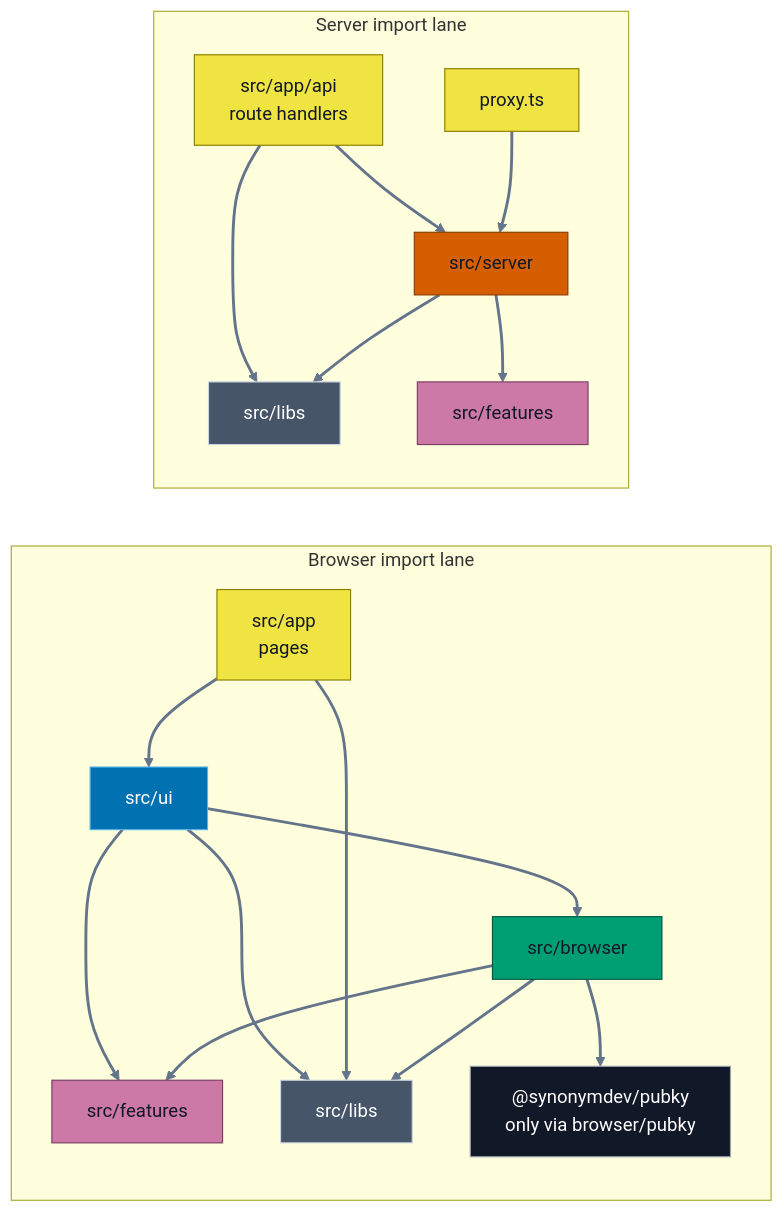
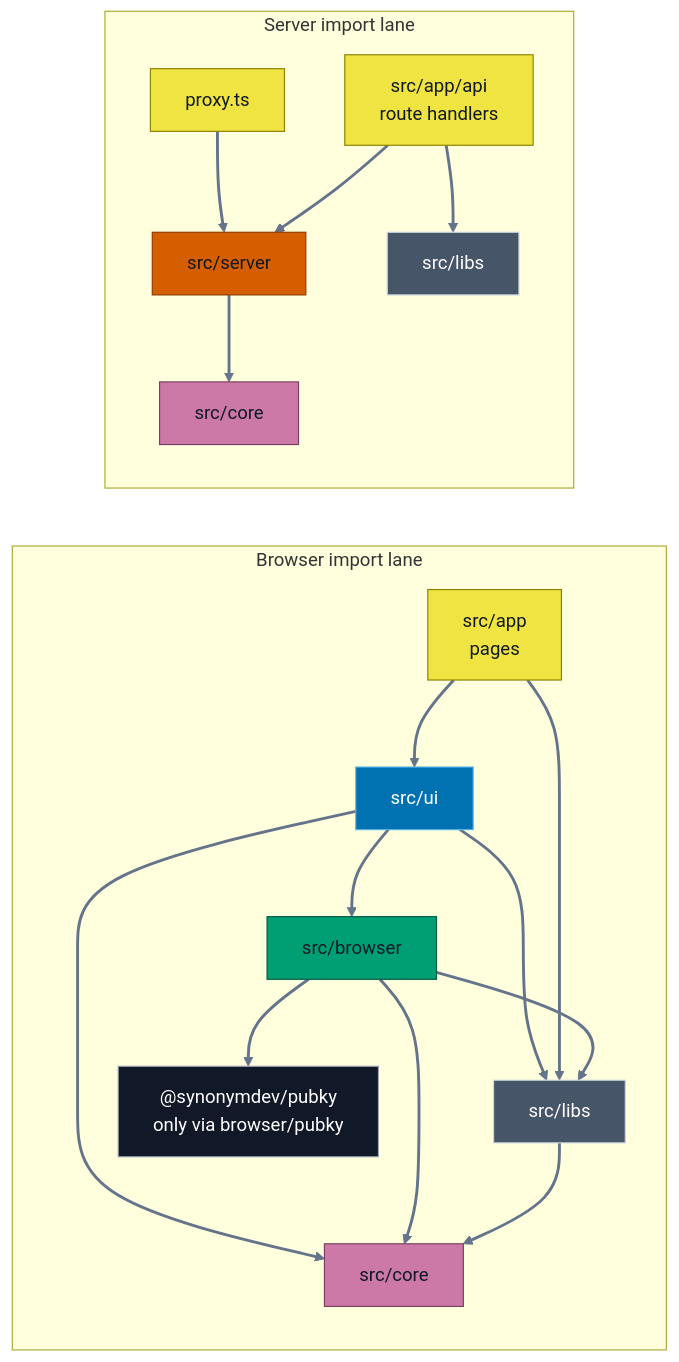
One commit to pubky/pubky-passport changed the second of 14 diagrams in FLOWS.md. Above: the diagram before and after it, drawn with Mermaid. The commit also changed other lines of this file and 83 other files, not shown here.

Commit message:
refactor: move feat into core; move browser logic closer to browser code and server logic to server code

````diff
--- a/FLOWS.md
+++ b/FLOWS.md
@@ -41,33 +41,33 @@
 ```mermaid
 flowchart LR
     accTitle: Current production import boundaries
-    accDescr: Direct imports from app pages and route handlers into UI, browser, server, features, libraries, and the Pubky SDK adapter.
+    accDescr: Direct imports from app pages and route handlers into UI, browser, server, core, libraries, and the Pubky SDK adapter.
     subgraph browserLane[Browser import lane]
         direction TB
         pages["src/app<br/>pages"]:::transport --> ui["src/ui"]:::ui --> browser["src/browser"]:::browser
-        ui --> browserFeature["src/features"]:::feature
+        ui --> browserCore["src/core"]:::core
         ui --> browserLibs["src/libs"]:::libs
         pages --> browserLibs
-        browser --> browserFeature
+        browser --> browserCore
         browser --> browserLibs
+        browserLibs --> browserCore
         browser --> sdk["@synonymdev/pubky<br/>only via browser/pubky"]:::external
     end
 
     subgraph serverLane[Server import lane]
         direction TB
         routes["src/app/api<br/>route handlers"]:::transport --> server["src/server"]:::server
         proxy["proxy.ts"]:::transport --> server
         routes --> serverLibs["src/libs"]:::libs
-        server --> serverFeature["src/features"]:::feature
-        server --> serverLibs
+        server --> serverCore["src/core"]:::core
     end
 
     classDef transport fill:#F0E442,stroke:#8A7F00,color:#111827;
     classDef ui fill:#0072B2,stroke:#56B4E9,color:#fff;
     classDef browser fill:#009E73,stroke:#005A45,color:#111827;
     classDef server fill:#D55E00,stroke:#8A3C00,color:#111827;
-    classDef feature fill:#CC79A7,stroke:#7A3E62,color:#111827;
+    classDef core fill:#CC79A7,stroke:#7A3E62,color:#111827;
     classDef libs fill:#475569,stroke:#cbd5e1,color:#fff;
     classDef external fill:#111827,stroke:#9ca3af,color:#fff;
     linkStyle default stroke:#64748B,stroke-width:2.5px;
 ```
````
